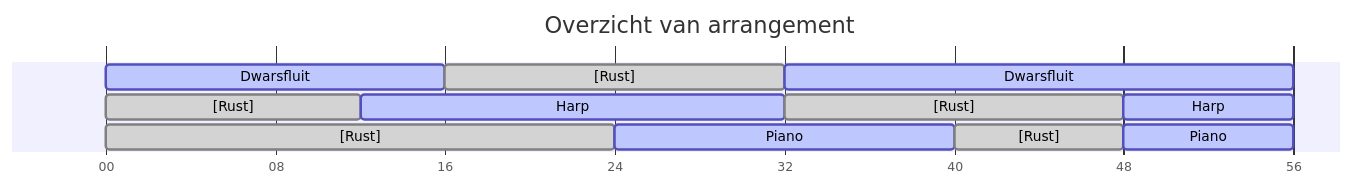
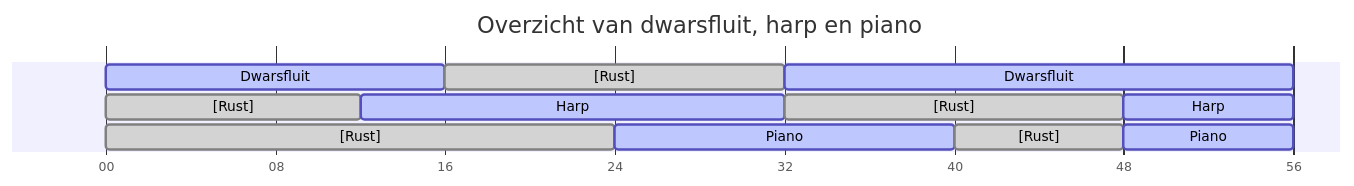
One commit to macabot/gorillaz-mountain changed the diagram in src/diagrams/overview-flute-harp-piano.mmd. Above: the diagram before and after it, drawn with Mermaid. The commit also changed 6 other files, not shown here.

```diff
--- a/src/diagrams/overview-flute-harp-piano.mmd
+++ b/src/diagrams/overview-flute-harp-piano.mmd
@@ -1,22 +1,22 @@
 ---
 displayMode: compact
 ---
 gantt
-    title Overzicht van arrangement
+    title Overzicht van dwarsfluit, harp en piano
     dateFormat mm:ss
     axisFormat %S
     tickInterval 8second
 
     Dwarsfluit          :active, 00:00, 00:16
     [Rust]              :done,   00:16, 00:32
     Dwarsfluit          :active, 00:32, 00:56
 
     [Rust]              :done,   00:00, 00:12
     Harp                :active, 00:12, 00:32
     [Rust]              :done,   00:32, 00:48
     Harp                :active, 00:48, 00:56
 
     [Rust]              :done,   00:00, 00:24
     Piano               :active, 00:24, 00:40
     [Rust]              :done,   00:40, 00:48
     Piano               :active, 00:48, 00:56
```
